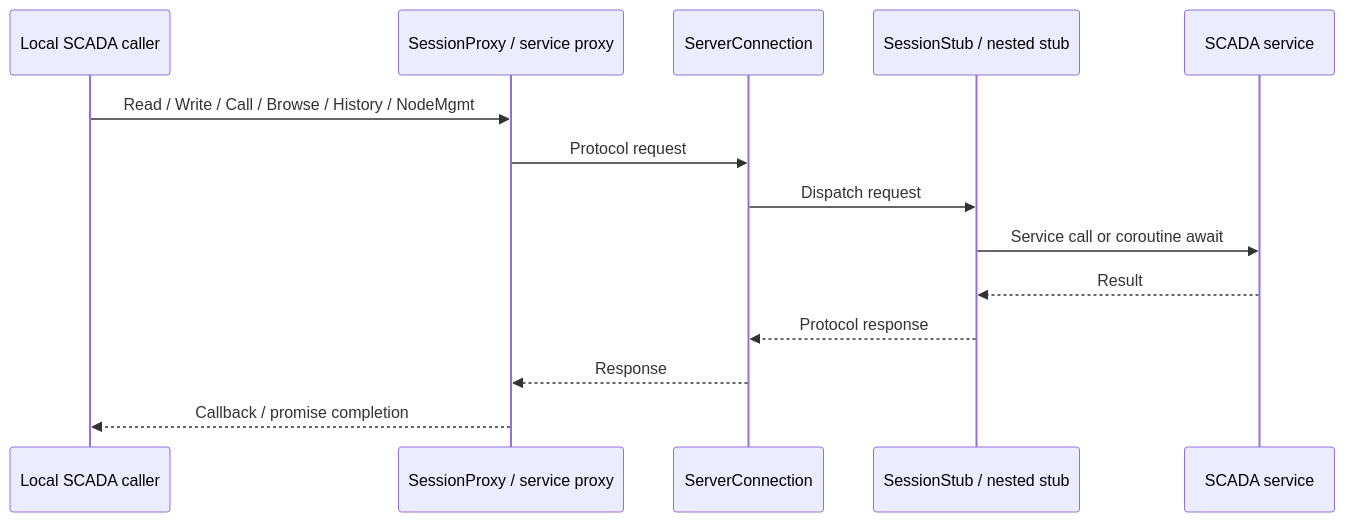
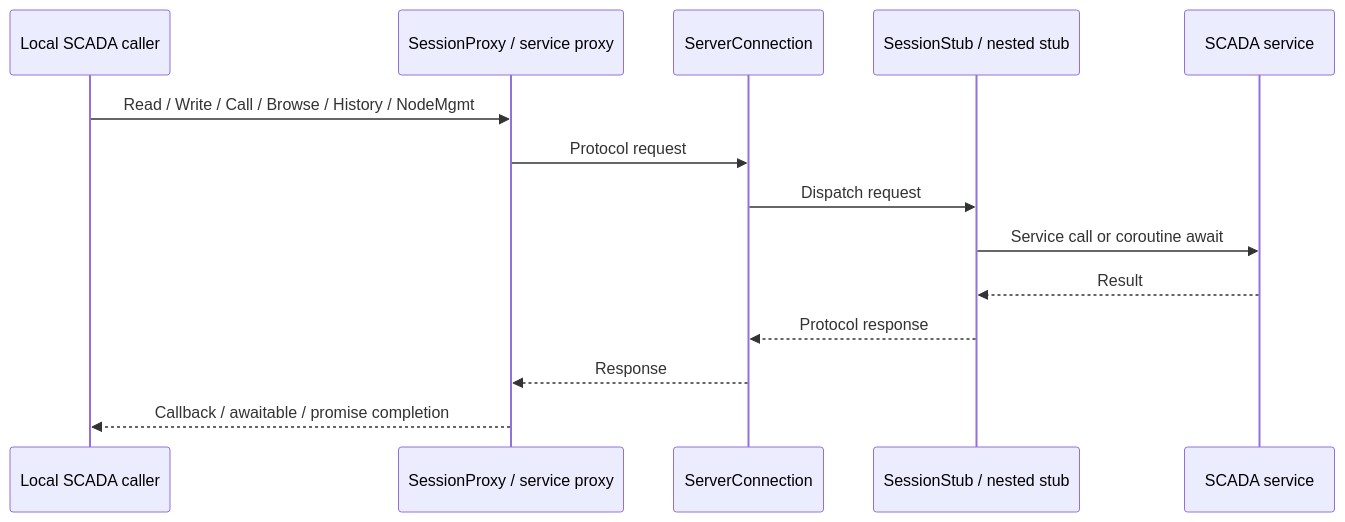
Before and after one commit to alexsmn/scada-core: the diagram in docs/remote_request_flow.mmd, drawn with Mermaid. The commit also changed 7 other files, not shown here.

Commit message:
Migrate SessionProxy completion gates

```diff
--- a/docs/remote_request_flow.mmd
+++ b/docs/remote_request_flow.mmd
@@ -1,15 +1,15 @@
 sequenceDiagram
     participant Client as Local SCADA caller
     participant Proxy as SessionProxy / service proxy
     participant Conn as ServerConnection
     participant Stub as SessionStub / nested stub
     participant Service as SCADA service
 
     Client->>Proxy: Read / Write / Call / Browse / History / NodeMgmt
     Proxy->>Conn: Protocol request
     Conn->>Stub: Dispatch request
     Stub->>Service: Service call or coroutine await
     Service-->>Stub: Result
     Stub-->>Conn: Protocol response
     Conn-->>Proxy: Response
-    Proxy-->>Client: Callback / promise completion
+    Proxy-->>Client: Callback / awaitable / promise completion
```
